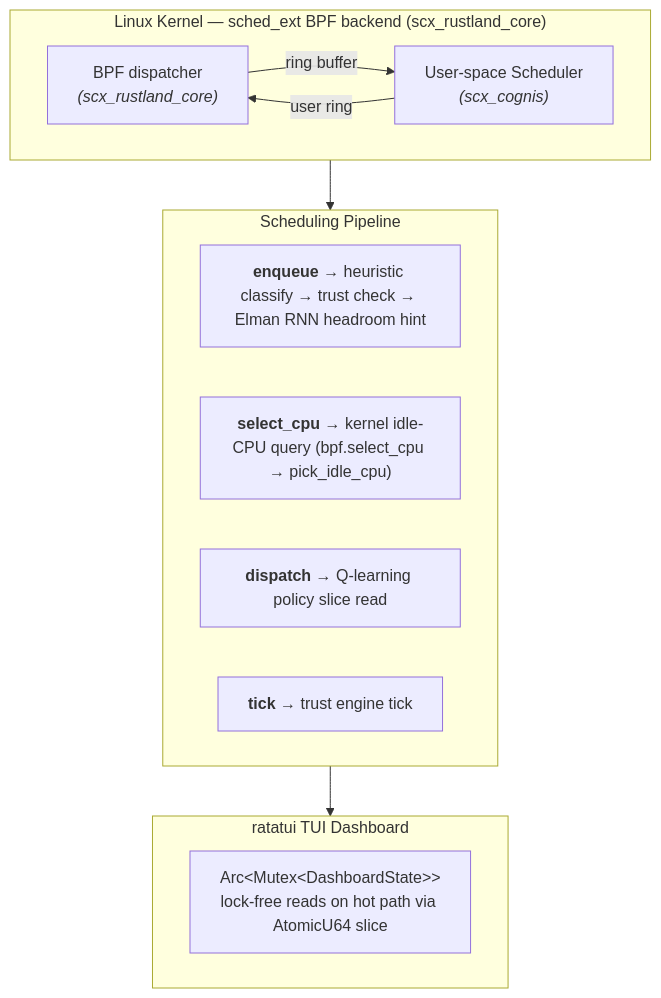
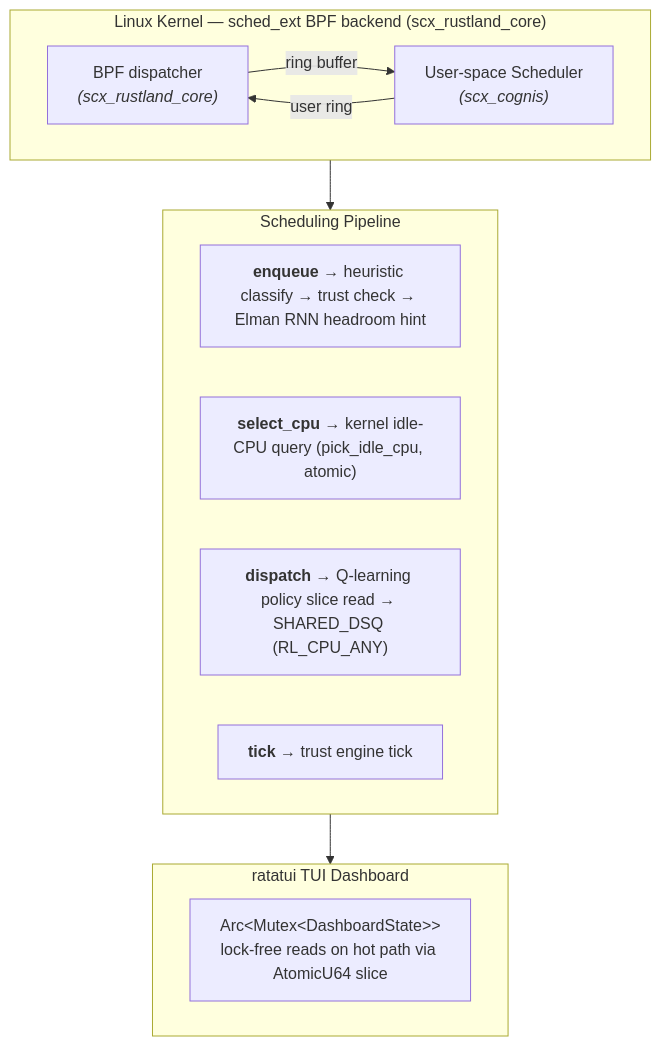
The diagram in README.md (galpt/scx_cognis), drawn with Mermaid before and after one commit. The commit also changed other lines of this file and 4 other files, not shown here.

````diff
--- a/README.md
+++ b/README.md
@@ -290,27 +292,27 @@
 ```mermaid
 flowchart TD
     subgraph Kernel["Linux Kernel — sched_ext BPF backend (scx_rustland_core)"]
         direction LR
         BPF["`BPF dispatcher
         *(scx_rustland_core)*`"]
         US["`User-space Scheduler
         *(scx_cognis)*`"]
         BPF -- "ring buffer" --> US
         US -- "user ring" --> BPF
     end
 
     subgraph Pipeline["Scheduling Pipeline"]
         P1["`**enqueue** → heuristic classify → trust check → Elman RNN headroom hint`"]
-        P2["`**select_cpu** → kernel idle-CPU query (bpf.select_cpu → pick_idle_cpu)`"]
-        P3["`**dispatch** → Q-learning policy slice read`"]
+        P2["`**select_cpu** → kernel idle-CPU query (pick_idle_cpu, atomic)`"]
+        P3["`**dispatch** → Q-learning policy slice read → SHARED_DSQ (RL_CPU_ANY)`"]
         P4["`**tick** → trust engine tick`"]
     end
 
     subgraph TUI["ratatui TUI Dashboard"]
         DS["`Arc&lt;Mutex&lt;DashboardState&gt;&gt;
         lock-free reads on hot path via AtomicU64 slice`"]
     end
 
     Kernel --> Pipeline
     Pipeline --> TUI
 ```
````
